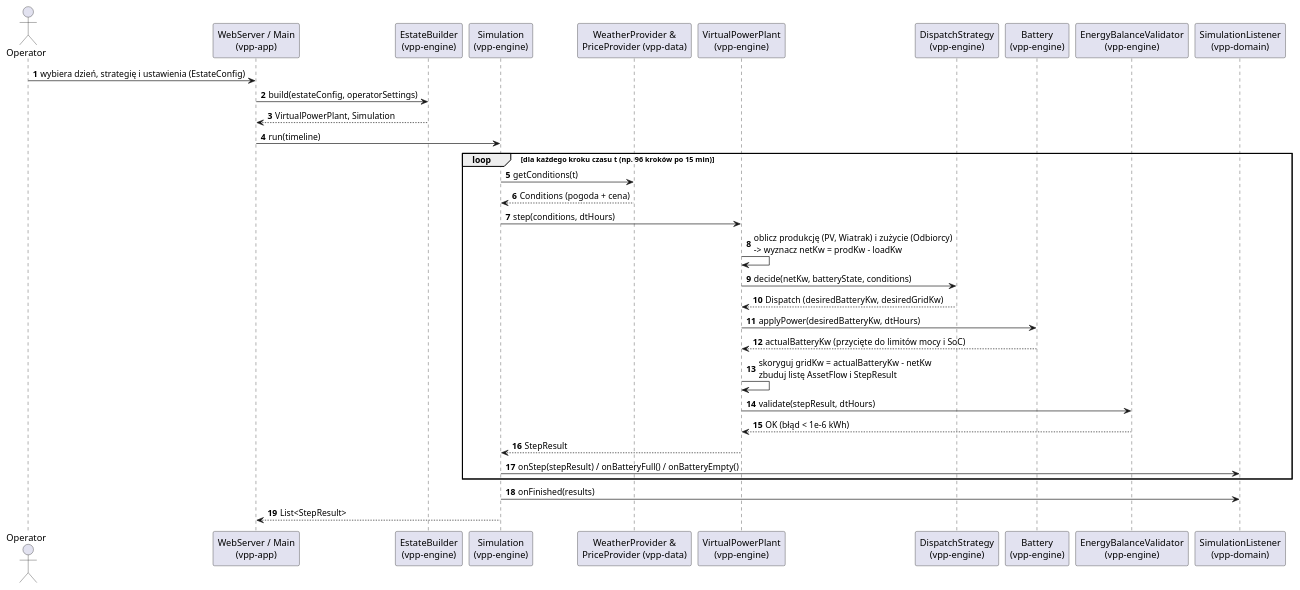
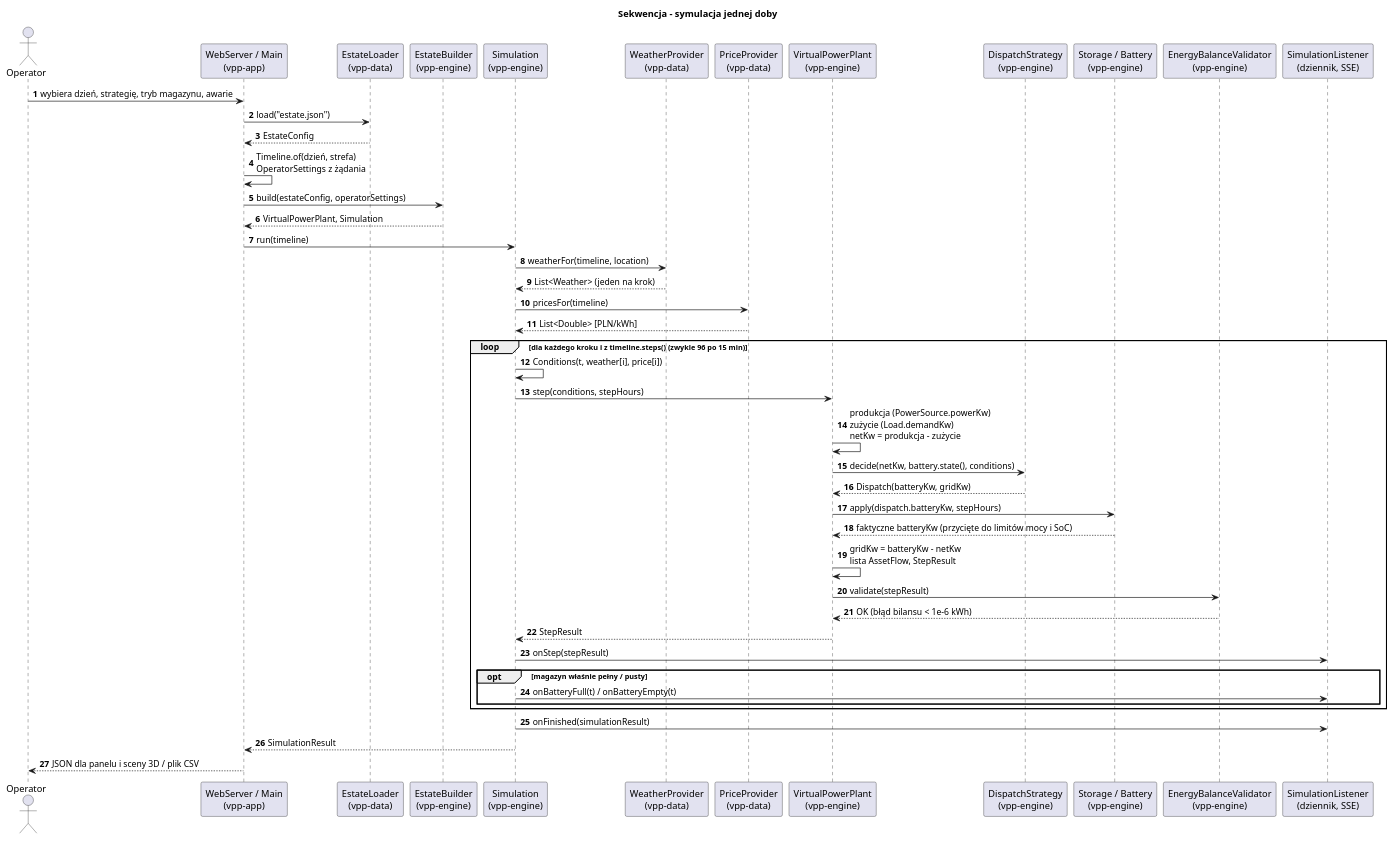
One commit to AGH-IT/po2026 changed the diagram in projekt/uml/02-sekwencja-symulacja-dnia.puml. Above: the diagram before and after it, drawn with PlantUML. The commit also changed 1 other file, not shown here.

Commit message:
diagram klas kontraktu, sekwencja symulacji zgodna z kontraktem

```diff
--- a/projekt/uml/02-sekwencja-symulacja-dnia.puml
+++ b/projekt/uml/02-sekwencja-symulacja-dnia.puml
@@ -1,45 +1,59 @@
 @startuml
+title Sekwencja - symulacja jednej doby
 autonumber
 
 actor Operator
 participant "WebServer / Main\n(vpp-app)" as App
+participant "EstateLoader\n(vpp-data)" as Loader
 participant "EstateBuilder\n(vpp-engine)" as Builder
 participant "Simulation\n(vpp-engine)" as Sim
-participant "WeatherProvider &\nPriceProvider (vpp-data)" as Providers
+participant "WeatherProvider\n(vpp-data)" as Weather
+participant "PriceProvider\n(vpp-data)" as Prices
 participant "VirtualPowerPlant\n(vpp-engine)" as VPP
 participant "DispatchStrategy\n(vpp-engine)" as Strategy
-participant "Battery\n(vpp-engine)" as Battery
+participant "Storage / Battery\n(vpp-engine)" as Battery
 participant "EnergyBalanceValidator\n(vpp-engine)" as Validator
-participant "SimulationListener\n(vpp-domain)" as Listener
+participant "SimulationListener\n(dziennik, SSE)" as Listener
 
-Operator -> App : wybiera dzień, strategię i ustawienia (EstateConfig)
+Operator -> App : wybiera dzień, strategię, tryb magazynu, awarie
+App -> Loader : load("estate.json")
+Loader --> App : EstateConfig
+App -> App : Timeline.of(dzień, strefa)\nOperatorSettings z żądania
+
 App -> Builder : build(estateConfig, operatorSettings)
 Builder --> App : VirtualPowerPlant, Simulation
 
 App -> Sim : run(timeline)
 
-loop dla każdego kroku czasu t (np. 96 kroków po 15 min)
-    Sim -> Providers : getConditions(t)
-    Providers --> Sim : Conditions (pogoda + cena)
+Sim -> Weather : weatherFor(timeline, location)
+Weather --> Sim : List<Weather> (jeden na krok)
+Sim -> Prices : pricesFor(timeline)
+Prices --> Sim : List<Double> [PLN/kWh]
 
-    Sim -> VPP : step(conditions, dtHours)
-    VPP -> VPP : oblicz produkcję (PV, Wiatrak) i zużycie (Odbiorcy)\n-> wyznacz netKw = prodKw - loadKw
+loop dla każdego kroku i z timeline.steps() (zwykle 96 po 15 min)
+    Sim -> Sim : Conditions(t, weather[i], price[i])
+    Sim -> VPP : step(conditions, stepHours)
+    VPP -> VPP : produkcja (PowerSource.powerKw)\nzużycie (Load.demandKw)\nnetKw = produkcja - zużycie
 
-    VPP -> Strategy : decide(netKw, batteryState, conditions)
-    Strategy --> VPP : Dispatch (desiredBatteryKw, desiredGridKw)
+    VPP -> Strategy : decide(netKw, battery.state(), conditions)
+    Strategy --> VPP : Dispatch(batteryKw, gridKw)
 
-    VPP -> Battery : applyPower(desiredBatteryKw, dtHours)
-    Battery --> VPP : actualBatteryKw (przycięte do limitów mocy i SoC)
+    VPP -> Battery : apply(dispatch.batteryKw, stepHours)
+    Battery --> VPP : faktyczne batteryKw (przycięte do limitów mocy i SoC)
 
-    VPP -> VPP : skoryguj gridKw = actualBatteryKw - netKw\nzbuduj listę AssetFlow i StepResult
+    VPP -> VPP : gridKw = batteryKw - netKw\nlista AssetFlow, StepResult
 
-    VPP -> Validator : validate(stepResult, dtHours)
-    Validator --> VPP : OK (błąd < 1e-6 kWh)
+    VPP -> Validator : validate(stepResult)
+    Validator --> VPP : OK (błąd bilansu < 1e-6 kWh)
 
     VPP --> Sim : StepResult
-    Sim -> Listener : onStep(stepResult) / onBatteryFull() / onBatteryEmpty()
+    Sim -> Listener : onStep(stepResult)
+    opt magazyn właśnie pełny / pusty
+        Sim -> Listener : onBatteryFull(t) / onBatteryEmpty(t)
+    end
 end
 
-Sim -> Listener : onFinished(results)
-Sim --> App : List<StepResult>
+Sim -> Listener : onFinished(simulationResult)
+Sim --> App : SimulationResult
+App --> Operator : JSON dla panelu i sceny 3D / plik CSV
 @enduml
```
